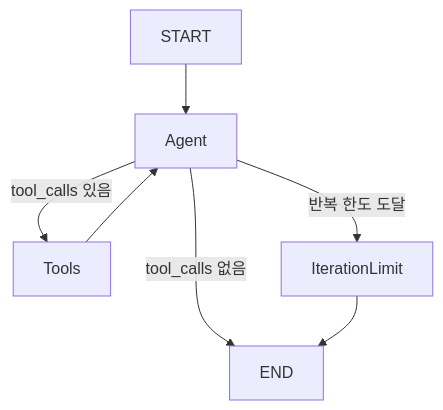
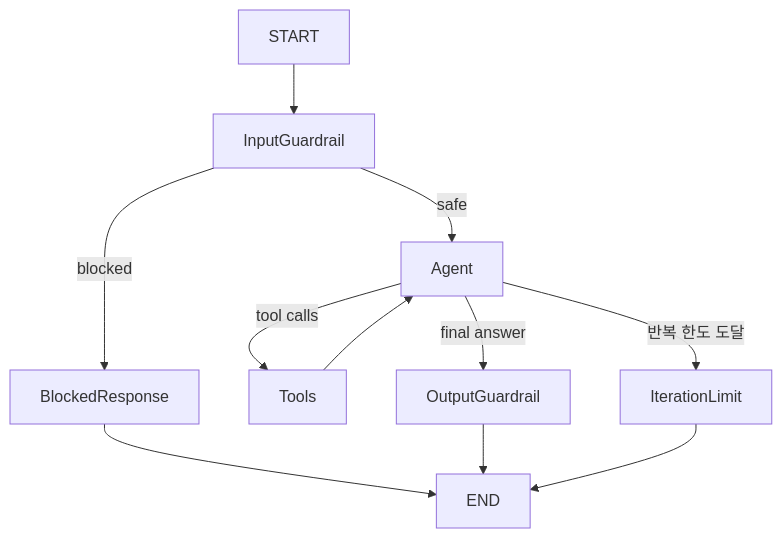
The diagram in docs/personal-assistant-agent.md (Liv-zz-Tamanya/Tamaya), drawn with Mermaid before and after one commit. The commit also changed other lines of this file, not shown here.

````diff
--- a/docs/personal-assistant-agent.md
+++ b/docs/personal-assistant-agent.md
@@ -7,9 +7,13 @@
 ```mermaid
 flowchart TD
-    START --> Agent
-    Agent -->|tool_calls 있음| Tools
+    START --> InputGuardrail
+    InputGuardrail -->|safe| Agent
+    InputGuardrail -->|blocked| BlockedResponse
+    BlockedResponse --> END
+    Agent -->|tool calls| Tools
     Tools --> Agent
-    Agent -->|tool_calls 없음| END
+    Agent -->|final answer| OutputGuardrail
+    OutputGuardrail --> END
     Agent -->|반복 한도 도달| IterationLimit
     IterationLimit --> END
 ```
````
